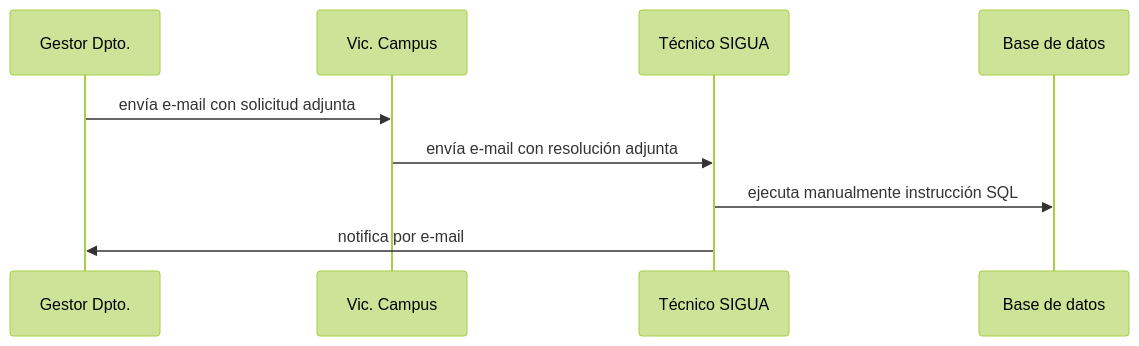
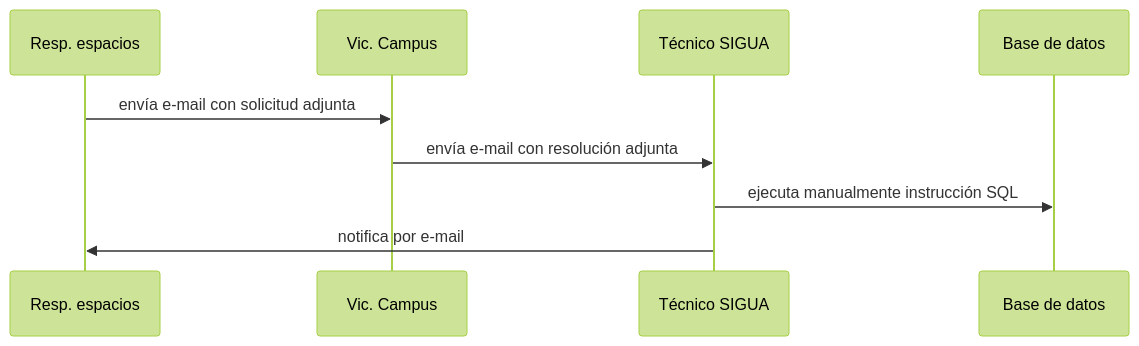
The diagram in ds02.md (labgeo/ua-mods), drawn with Mermaid (forest theme) before and after one commit.

```diff
--- a/ds02.md
+++ b/ds02.md
@@ -5,7 +5,7 @@
 {% mermaid %}
 sequenceDiagram;
-  Gestor Dpto.->>Vic. Campus: envía e-mail con solicitud adjunta;
+  Resp. espacios->>Vic. Campus: envía e-mail con solicitud adjunta;
   Vic. Campus->>Técnico SIGUA: envía e-mail con resolución adjunta;
   Técnico SIGUA->>Base de datos: ejecuta manualmente instrucción SQL;
-  Técnico SIGUA->>Gestor Dpto.: notifica por e-mail;
+  Técnico SIGUA->>Resp. espacios: notifica por e-mail;
 {% endmermaid %}
```
